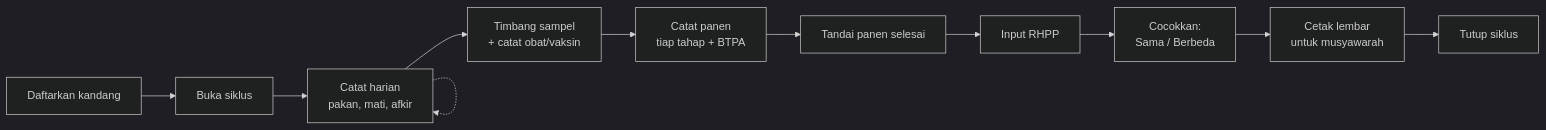
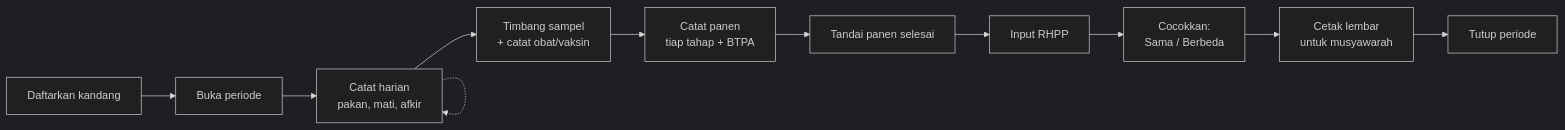
Before and after one commit to marquisccel/NOA: the second of 2 diagrams in docs/ALUR-SIKLUS.md, drawn with Mermaid (dark theme). The commit also changed other lines of this file and 104 other files, not shown here.

````diff
--- a/docs/ALUR-SIKLUS.md
+++ b/docs/ALUR-SIKLUS.md
@@ -37,13 +37,13 @@
 ```mermaid
 flowchart LR
-    A[Daftarkan kandang] --> B[Buka siklus]
+    A[Daftarkan kandang] --> B[Buka periode]
     B --> C[Catat harian<br/>pakan, mati, afkir]
     C --> D[Timbang sampel<br/>+ catat obat/vaksin]
     D --> E[Catat panen<br/>tiap tahap + BTPA]
     E --> F[Tandai panen selesai]
     F --> G[Input RHPP]
     G --> H[Cocokkan:<br/>Sama / Berbeda]
     H --> I[Cetak lembar<br/>untuk musyawarah]
-    I --> J[Tutup siklus]
+    I --> J[Tutup periode]
     C -.-> C
 ```
````
